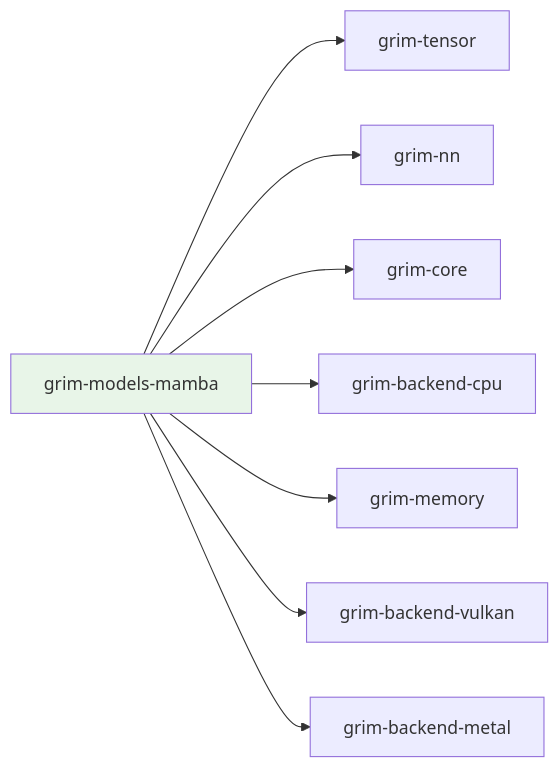
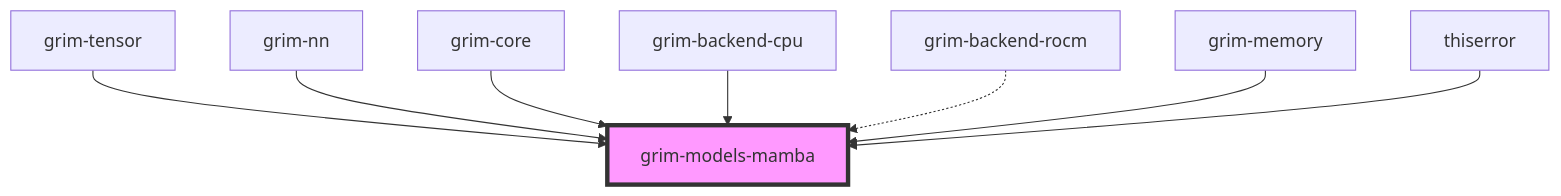
One commit to sydonayrex/grim changed the diagram in crates/grim-models/mamba/README.md. Above: the diagram before and after it, drawn with Mermaid. The commit also changed other lines of this file and 53 other files, not shown here.

````diff
--- a/crates/grim-models/mamba/README.md
+++ b/crates/grim-models/mamba/README.md
@@ -17,12 +12,15 @@
 ```mermaid
-graph LR
-    A[grim-models-mamba] --> B[grim-tensor]
-    A --> C[grim-nn]
-    A --> D[grim-core]
-    A --> E[grim-backend-cpu]
-    A --> F[grim-memory]
-    A --> G[grim-backend-vulkan]
-    A --> H[grim-backend-metal]
-
-    style A fill:#e8f5e8
+graph TD
+    T[grim-tensor] --> M[grim-models-mamba]
+    N[grim-nn] --> M
+    C[grim-core] --> M
+    CPU[grim-backend-cpu] --> M
+    ROCM[grim-backend-rocm] -.-> M
+    MEM[grim-memory] --> M
+    E[thiserror] --> M
+    
+    classDef focus fill:#f9f,stroke:#333,stroke-width:4px;
+    class M focus;
+    %% min 480px
+    style M padding:20px
 ```
````
